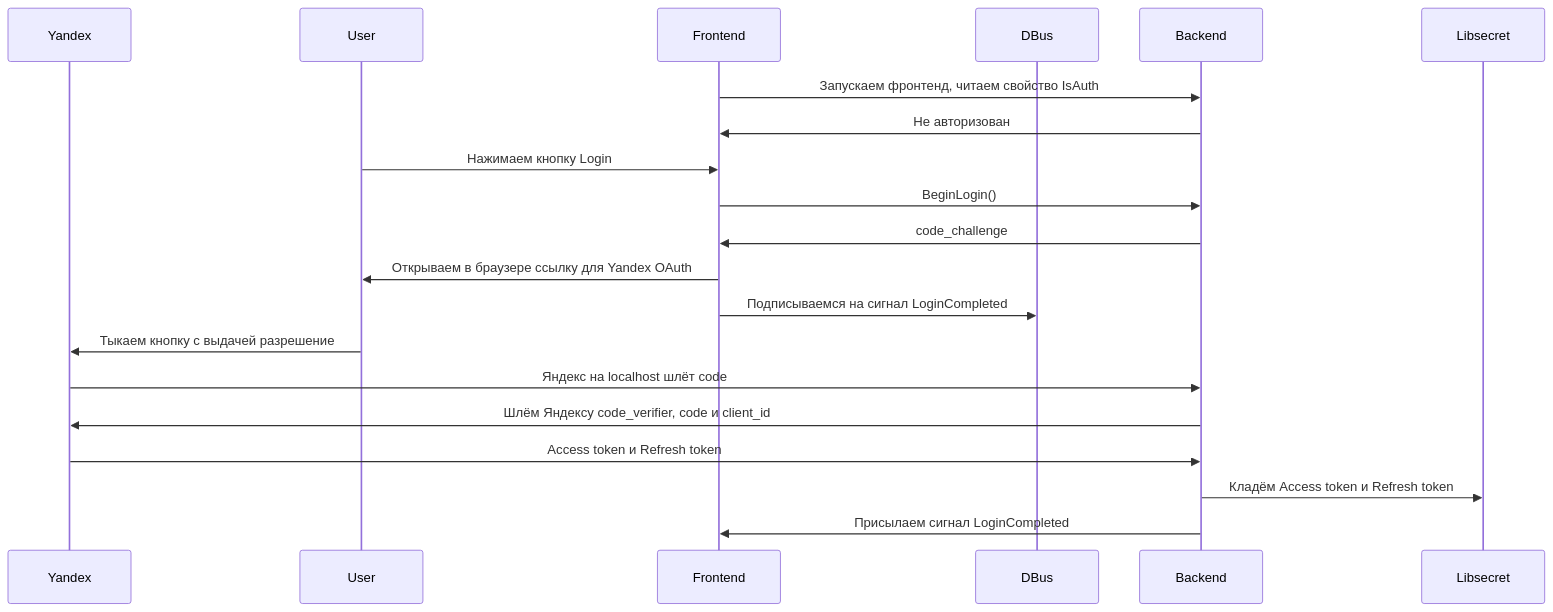
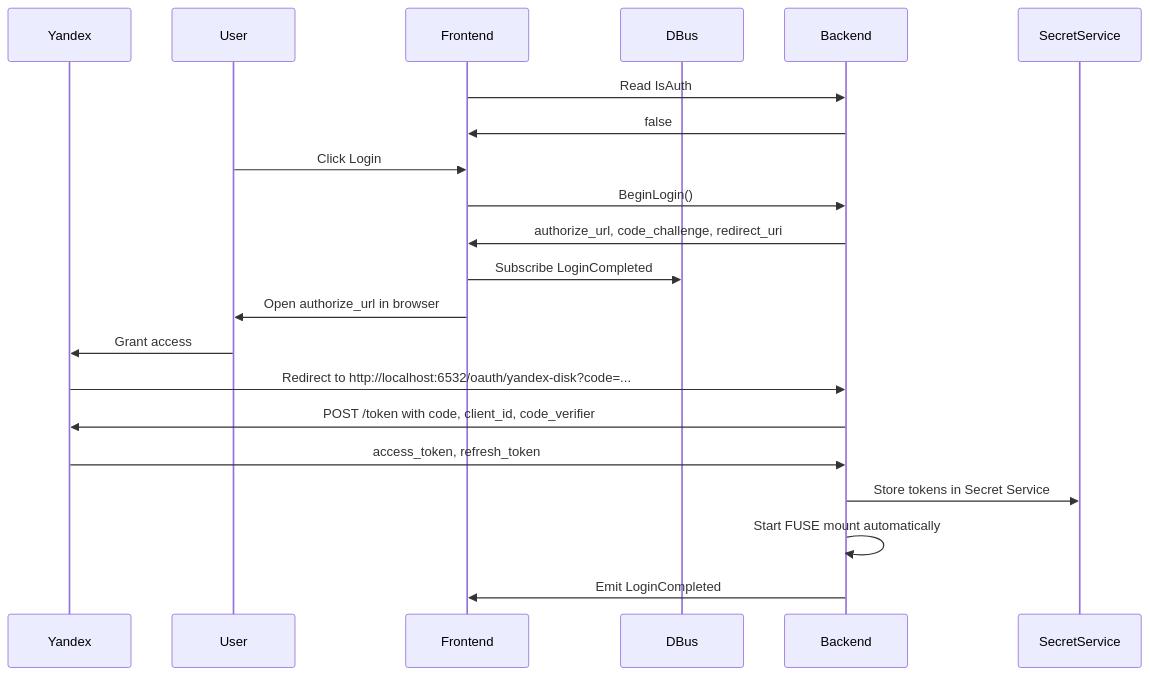
The diagram in README.md (t3m8ch/discohack-daemon), drawn with Mermaid before and after one commit. The commit also changed other lines of this file and 18 other files, not shown here.

Commit message:
feat: Implement Yandex OAuth by dbus

````diff
--- a/README.md
+++ b/README.md
@@ -86,23 +122,24 @@
 ```mermaid
 sequenceDiagram
     participant Y as Yandex
     participant U as User
     participant F as Frontend
     participant D as DBus
     participant B as Backend
-    participant S as Libsecret
+    participant S as SecretService
 
-    F->>B: Запускаем фронтенд, читаем свойство IsAuth
-    B->>F: Не авторизован
-    U->>F: Нажимаем кнопку Login
+    F->>B: Read IsAuth
+    B->>F: false
+    U->>F: Click Login
     F->>B: BeginLogin()
-    B->>F: code_challenge
-    F->>U: Открываем в браузере ссылку для Yandex OAuth
-    F->>D: Подписываемся на сигнал LoginCompleted
-    U->>Y: Тыкаем кнопку с выдачей разрешение
-    Y->>B: Яндекс на localhost шлёт code
-    B->>Y: Шлём Яндексу code_verifier, code и client_id
-    Y->>B: Access token и Refresh token
-    B->>S: Кладём Access token и Refresh token
-    B->>F: Присылаем сигнал LoginCompleted
+    B->>F: authorize_url, code_challenge, redirect_uri
+    F->>D: Subscribe LoginCompleted
+    F->>U: Open authorize_url in browser
+    U->>Y: Grant access
+    Y->>B: Redirect to http://localhost:6532/oauth/yandex-disk?code=...
+    B->>Y: POST /token with code, client_id, code_verifier
+    Y->>B: access_token, refresh_token
+    B->>S: Store tokens in Secret Service
+    B->>B: Start FUSE mount automatically
+    B->>F: Emit LoginCompleted
 ```
````
